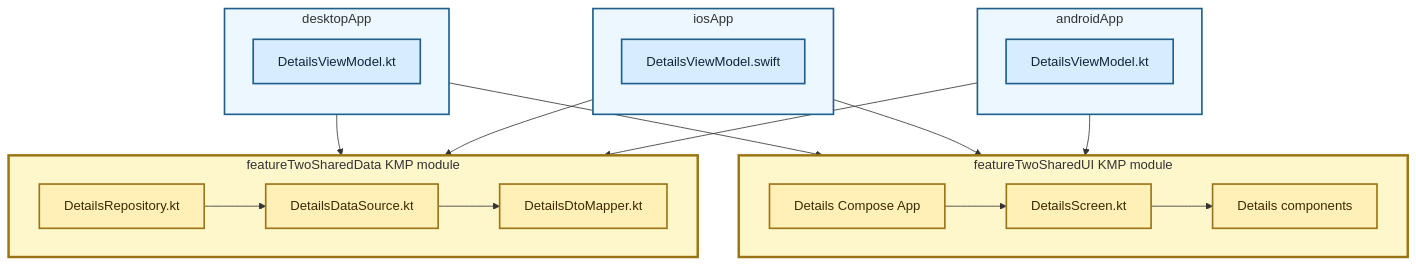
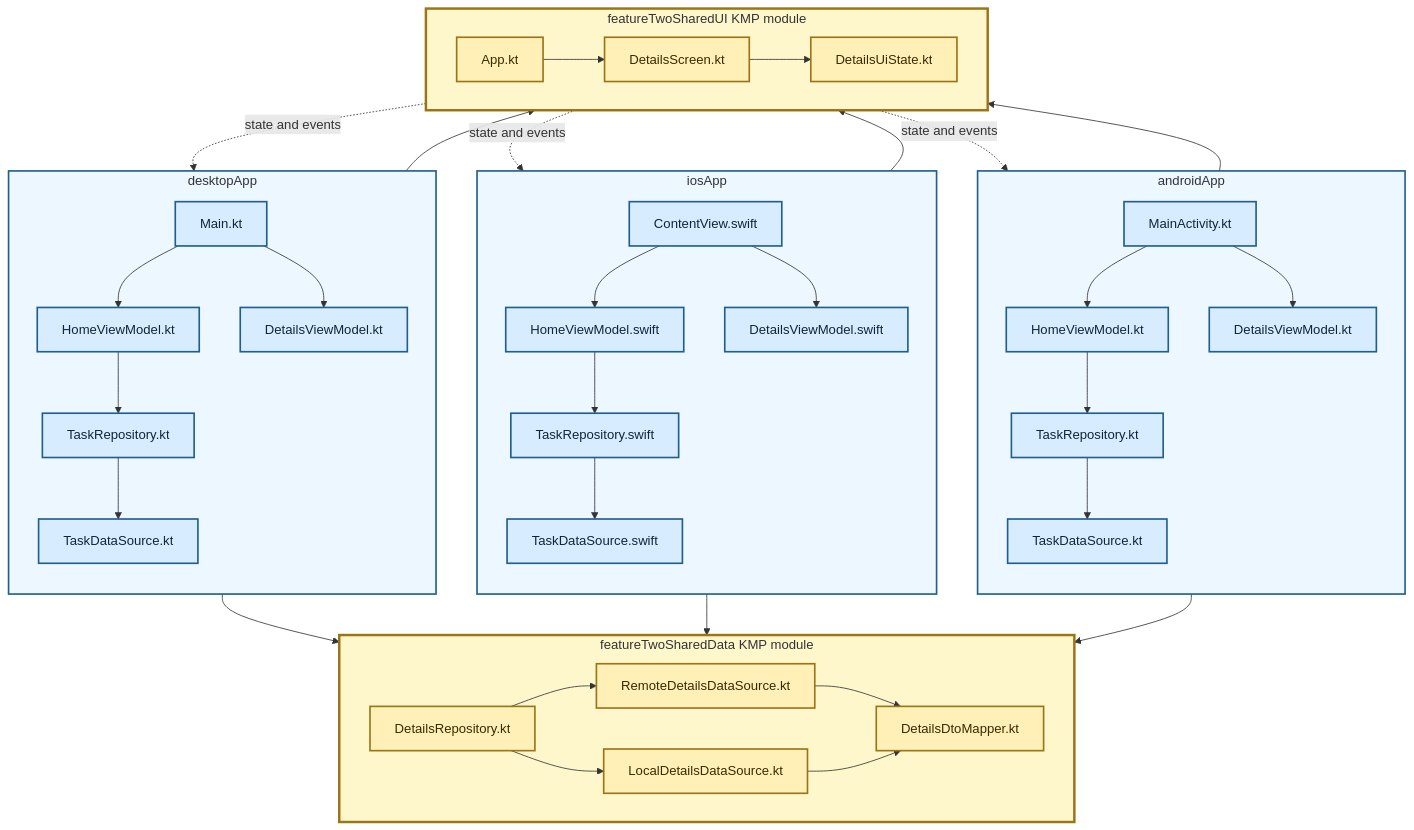
Before and after one commit to TheSetox/kmp-sample-diagrams: the diagram in diagrams/13-modular-kmp-ui-data-layer.md, drawn with Mermaid. The commit also changed other lines of this file and 87 other files, not shown here.

````diff
--- a/diagrams/13-modular-kmp-ui-data-layer.md
+++ b/diagrams/13-modular-kmp-ui-data-layer.md
@@ -5,50 +5,75 @@
 ```mermaid
 flowchart TB
   subgraph Android["androidApp"]
     direction TB
-    AVM["DetailsViewModel.kt"]
+    AEntry["MainActivity.kt"]
+    AHomeVM["HomeViewModel.kt"]
+    ATaskRepository["TaskRepository.kt"]
+    ATaskDataSource["TaskDataSource.kt"]
+    ADetailsVM["DetailsViewModel.kt"]
+    AEntry --> AHomeVM --> ATaskRepository --> ATaskDataSource
+    AEntry --> ADetailsVM
   end
 
   subgraph IOS["iosApp"]
     direction TB
-    IVM["DetailsViewModel.swift"]
+    IEntry["ContentView.swift"]
+    IHomeVM["HomeViewModel.swift"]
+    ITaskRepository["TaskRepository.swift"]
+    ITaskDataSource["TaskDataSource.swift"]
+    IDetailsVM["DetailsViewModel.swift"]
+    IEntry --> IHomeVM --> ITaskRepository --> ITaskDataSource
+    IEntry --> IDetailsVM
   end
 
   subgraph Desktop["desktopApp"]
     direction TB
-    DVM["DetailsViewModel.kt"]
+    DEntry["Main.kt"]
+    DHomeVM["HomeViewModel.kt"]
+    DTaskRepository["TaskRepository.kt"]
+    DTaskDataSource["TaskDataSource.kt"]
+    DDetailsVM["DetailsViewModel.kt"]
+    DEntry --> DHomeVM --> DTaskRepository --> DTaskDataSource
+    DEntry --> DDetailsVM
   end
 
   subgraph UIKMP["featureTwoSharedUI KMP module"]
     direction LR
-    App["Details Compose App"]
+    App["App.kt"]
     Screen["DetailsScreen.kt"]
-    Components["Details components"]
-    App --> Screen --> Components
+    State["DetailsUiState.kt"]
+    App --> Screen --> State
   end
 
   subgraph DataKMP["featureTwoSharedData KMP module"]
     direction LR
     Repository["DetailsRepository.kt"]
-    DataSource["DetailsDataSource.kt"]
+    Remote["RemoteDetailsDataSource.kt"]
+    Cache["LocalDetailsDataSource.kt"]
     Mapper["DetailsDtoMapper.kt"]
-    Repository --> DataSource --> Mapper
+    Repository --> Remote
+    Repository --> Cache
+    Remote --> Mapper
+    Cache --> Mapper
   end
 
-  AVM --> App
-  IVM --> App
-  DVM --> App
-  AVM --> Repository
-  IVM --> Repository
-  DVM --> Repository
+  AEntry --> App
+  IEntry --> App
+  DEntry --> App
+  ADetailsVM --> Repository
+  IDetailsVM --> Repository
+  DDetailsVM --> Repository
+  Screen -. "state and events" .-> ADetailsVM
+  Screen -. "state and events" .-> IDetailsVM
+  Screen -. "state and events" .-> DDetailsVM
 
   classDef app fill:#d8ecff,stroke:#1f5f8b,color:#0f2738,stroke-width:2px;
   classDef kmp fill:#fff0b8,stroke:#9b7415,color:#3b2a00,stroke-width:2px;
-  class AVM,IVM,DVM app;
-  class App,Screen,Components,Repository,DataSource,Mapper kmp;
+  class AEntry,AHomeVM,ATaskRepository,ATaskDataSource,ADetailsVM,IEntry,IHomeVM,ITaskRepository,ITaskDataSource,IDetailsVM,DEntry,DHomeVM,DTaskRepository,DTaskDataSource,DDetailsVM app;
+  class App,Screen,State,Repository,Remote,Cache,Mapper kmp;
   style Android fill:#edf7ff,stroke:#1f5f8b,stroke-width:2px
   style IOS fill:#edf7ff,stroke:#1f5f8b,stroke-width:2px
   style Desktop fill:#edf7ff,stroke:#1f5f8b,stroke-width:2px
   style UIKMP fill:#fff7cc,stroke:#9b7415,stroke-width:3px
   style DataKMP fill:#fff7cc,stroke:#9b7415,stroke-width:3px
 ```
````
